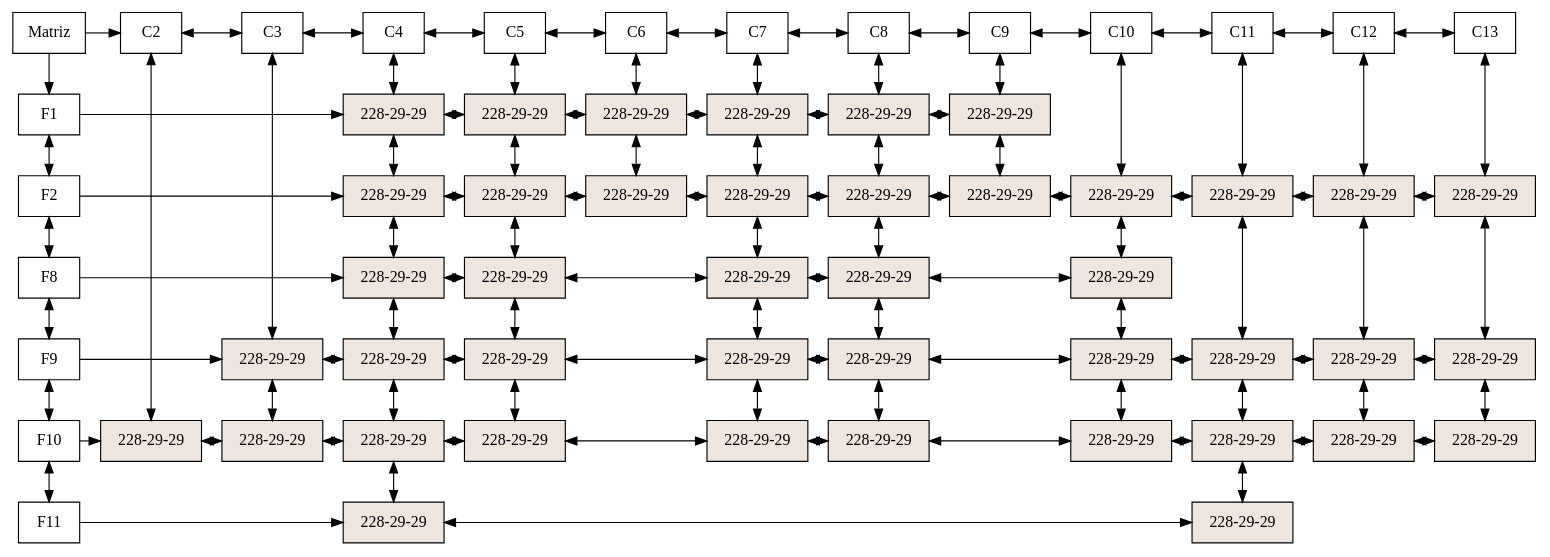
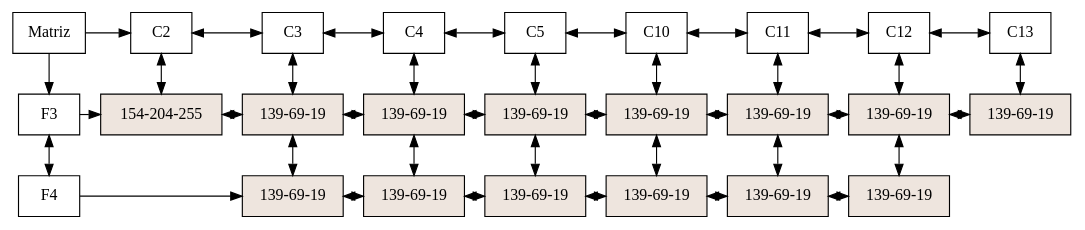
One commit to Eduardo01004/EDD_2S2019_PY1_201612124 changed the diagram in Proyecto1/Matriz.dot. Above: the diagram before and after it, drawn with Graphviz. The commit also changed 70 other files, not shown here.

```diff
--- a/Proyecto1/Matriz.dot
+++ b/Proyecto1/Matriz.dot
@@ -1,173 +1,69 @@
 digraph G{
 node [shape = box] 
 raiz[label="Matriz"  group=1];
-14463944 [label="F1" group = 1]; 
-14463912 [label="F2" group = 1]; 
-14464264 [label="F8" group = 1]; 
-14473480 [label="F9" group = 1]; 
-14473384 [label="F10" group = 1]; 
-14473032 [label="F11" group = 1]; 
-14463944->14463912[dir=both];
-14463912->14464264[dir=both];
-14464264->14473480[dir=both];
-14473480->14473384[dir=both];
-14473384->14473032[dir=both];
-14473000 [label="C2" group = 4]; 
-14473576 [label="C3" group = 5]; 
-14464424 [label="C4" group = 6]; 
-14464680 [label="C5" group = 7]; 
-14463848 [label="C6" group = 8]; 
-14463880 [label="C7" group = 9]; 
-14464040 [label="C8" group = 10]; 
-14464520 [label="C9" group = 11]; 
-14464136 [label="C10" group = 12]; 
-14464552 [label="C11" group = 13]; 
-14463976 [label="C12" group = 14]; 
-14464456 [label="C13" group = 15]; 
-14473000->14473576[dir=both];
-14473576->14464424[dir=both];
-14464424->14464680[dir=both];
-14464680->14463848[dir=both];
-14463848->14463880[dir=both];
-14463880->14464040[dir=both];
-14464040->14464520[dir=both];
-14464520->14464136[dir=both];
-14464136->14464552[dir=both];
-14464552->14463976[dir=both];
-14463976->14464456[dir=both];
-raiz -> 14463944;
-raiz -> 14473000;
-{ rank  = same; raiz 14473000; 14473576; 14464424; 14464680; 14463848; 14463880; 14464040; 14464520; 14464136; 14464552; 14463976; 14464456; }
-14470688 [style=filled,fillcolor=seashell2,label= "228-29-29" group = 4 ]; 
-14470296 [style=filled,fillcolor=seashell2,label= "228-29-29" group = 5 ]; 
-14470800 [style=filled,fillcolor=seashell2,label= "228-29-29" group = 5 ]; 
-14466240 [style=filled,fillcolor=seashell2,label= "228-29-29" group = 6 ]; 
-14469736 [style=filled,fillcolor=seashell2,label= "228-29-29" group = 6 ]; 
-14470072 [style=filled,fillcolor=seashell2,label= "228-29-29" group = 6 ]; 
-14469792 [style=filled,fillcolor=seashell2,label= "228-29-29" group = 6 ]; 
-14470744 [style=filled,fillcolor=seashell2,label= "228-29-29" group = 6 ]; 
-14474408 [style=filled,fillcolor=seashell2,label= "228-29-29" group = 6 ]; 
-14466576 [style=filled,fillcolor=seashell2,label= "228-29-29" group = 7 ]; 
-14471192 [style=filled,fillcolor=seashell2,label= "228-29-29" group = 7 ]; 
-14471248 [style=filled,fillcolor=seashell2,label= "228-29-29" group = 7 ]; 
-14470240 [style=filled,fillcolor=seashell2,label= "228-29-29" group = 7 ]; 
-14470856 [style=filled,fillcolor=seashell2,label= "228-29-29" group = 7 ]; 
-14466632 [style=filled,fillcolor=seashell2,label= "228-29-29" group = 8 ]; 
-14469568 [style=filled,fillcolor=seashell2,label= "228-29-29" group = 8 ]; 
-14467080 [style=filled,fillcolor=seashell2,label= "228-29-29" group = 9 ]; 
-14469680 [style=filled,fillcolor=seashell2,label= "228-29-29" group = 9 ]; 
-14469904 [style=filled,fillcolor=seashell2,label= "228-29-29" group = 9 ]; 
-14469960 [style=filled,fillcolor=seashell2,label= "228-29-29" group = 9 ]; 
-14470968 [style=filled,fillcolor=seashell2,label= "228-29-29" group = 9 ]; 
-14467192 [style=filled,fillcolor=seashell2,label= "228-29-29" group = 10 ]; 
-14470184 [style=filled,fillcolor=seashell2,label= "228-29-29" group = 10 ]; 
-14470352 [style=filled,fillcolor=seashell2,label= "228-29-29" group = 10 ]; 
-14470408 [style=filled,fillcolor=seashell2,label= "228-29-29" group = 10 ]; 
-14470912 [style=filled,fillcolor=seashell2,label= "228-29-29" group = 10 ]; 
-14471136 [style=filled,fillcolor=seashell2,label= "228-29-29" group = 11 ]; 
-14469624 [style=filled,fillcolor=seashell2,label= "228-29-29" group = 11 ]; 
-14471080 [style=filled,fillcolor=seashell2,label= "228-29-29" group = 12 ]; 
-14471304 [style=filled,fillcolor=seashell2,label= "228-29-29" group = 12 ]; 
-14470016 [style=filled,fillcolor=seashell2,label= "228-29-29" group = 12 ]; 
-14471024 [style=filled,fillcolor=seashell2,label= "228-29-29" group = 12 ]; 
-14470632 [style=filled,fillcolor=seashell2,label= "228-29-29" group = 13 ]; 
-14470464 [style=filled,fillcolor=seashell2,label= "228-29-29" group = 13 ]; 
-14471360 [style=filled,fillcolor=seashell2,label= "228-29-29" group = 13 ]; 
-14474072 [style=filled,fillcolor=seashell2,label= "228-29-29" group = 13 ]; 
-14469848 [style=filled,fillcolor=seashell2,label= "228-29-29" group = 14 ]; 
-14470520 [style=filled,fillcolor=seashell2,label= "228-29-29" group = 14 ]; 
-14471416 [style=filled,fillcolor=seashell2,label= "228-29-29" group = 14 ]; 
-14470128 [style=filled,fillcolor=seashell2,label= "228-29-29" group = 15 ]; 
-14470576 [style=filled,fillcolor=seashell2,label= "228-29-29" group = 15 ]; 
-14471472 [style=filled,fillcolor=seashell2,label= "228-29-29" group = 15 ]; 
-14463944->14466240;
-14466240->14466576[dir=both];
-14466576->14466632[dir=both];
-14466632->14467080[dir=both];
-14467080->14467192[dir=both];
-14467192->14471136[dir=both];
-{ rank = same; 14463944; 14466240; 14466576; 14466632; 14467080; 14467192; 14471136; }
-14463912->14469736;
-14469736->14471192[dir=both];
-14471192->14469568[dir=both];
-14469568->14469680[dir=both];
-14469680->14470184[dir=both];
-14470184->14469624[dir=both];
-14469624->14471080[dir=both];
-14471080->14470632[dir=both];
-14470632->14469848[dir=both];
-14469848->14470128[dir=both];
-{ rank = same; 14463912; 14469736; 14471192; 14469568; 14469680; 14470184; 14469624; 14471080; 14470632; 14469848; 14470128; }
-14464264->14470072;
-14470072->14471248[dir=both];
-14471248->14469904[dir=both];
-14469904->14470352[dir=both];
-14470352->14471304[dir=both];
-{ rank = same; 14464264; 14470072; 14471248; 14469904; 14470352; 14471304; }
-14473480->14470296;
-14470296->14469792[dir=both];
-14469792->14470240[dir=both];
-14470240->14469960[dir=both];
-14469960->14470408[dir=both];
-14470408->14470016[dir=both];
-14470016->14470464[dir=both];
-14470464->14470520[dir=both];
-14470520->14470576[dir=both];
-{ rank = same; 14473480; 14470296; 14469792; 14470240; 14469960; 14470408; 14470016; 14470464; 14470520; 14470576; }
-14473384->14470688;
-14470688->14470800[dir=both];
-14470800->14470744[dir=both];
-14470744->14470856[dir=both];
-14470856->14470968[dir=both];
-14470968->14470912[dir=both];
-14470912->14471024[dir=both];
-14471024->14471360[dir=both];
-14471360->14471416[dir=both];
-14471416->14471472[dir=both];
-{ rank = same; 14473384; 14470688; 14470800; 14470744; 14470856; 14470968; 14470912; 14471024; 14471360; 14471416; 14471472; }
-14473032->14474408;
-14474408->14474072[dir=both];
-{ rank = same; 14473032; 14474408; 14474072; }
-14473000->14470688[dir=both];
-14473576->14470296[dir=both];
-14470296->14470800[dir=both];
-14464424->14466240[dir=both];
-14466240->14469736[dir=both];
-14469736->14470072[dir=both];
-14470072->14469792[dir=both];
-14469792->14470744[dir=both];
-14470744->14474408[dir=both];
-14464680->14466576[dir=both];
-14466576->14471192[dir=both];
-14471192->14471248[dir=both];
-14471248->14470240[dir=both];
-14470240->14470856[dir=both];
-14463848->14466632[dir=both];
-14466632->14469568[dir=both];
-14463880->14467080[dir=both];
-14467080->14469680[dir=both];
-14469680->14469904[dir=both];
-14469904->14469960[dir=both];
-14469960->14470968[dir=both];
-14464040->14467192[dir=both];
-14467192->14470184[dir=both];
-14470184->14470352[dir=both];
-14470352->14470408[dir=both];
-14470408->14470912[dir=both];
-14464520->14471136[dir=both];
-14471136->14469624[dir=both];
-14464136->14471080[dir=both];
-14471080->14471304[dir=both];
-14471304->14470016[dir=both];
-14470016->14471024[dir=both];
-14464552->14470632[dir=both];
-14470632->14470464[dir=both];
-14470464->14471360[dir=both];
-14471360->14474072[dir=both];
-14463976->14469848[dir=both];
-14469848->14470520[dir=both];
-14470520->14471416[dir=both];
-14464456->14470128[dir=both];
-14470128->14470576[dir=both];
-14470576->14471472[dir=both];
+9841784 [label="F3" group = 1]; 
+9841848 [label="F4" group = 1]; 
+9841784->9841848[dir=both];
+9845128 [label="C2" group = 4]; 
+9845064 [label="C3" group = 5]; 
+9845352 [label="C4" group = 6]; 
+9845192 [label="C5" group = 7]; 
+9845608 [label="C10" group = 12]; 
+9841880 [label="C11" group = 13]; 
+9841816 [label="C12" group = 14]; 
+9841752 [label="C13" group = 15]; 
+9845128->9845064[dir=both];
+9845064->9845352[dir=both];
+9845352->9845192[dir=both];
+9845192->9845608[dir=both];
+9845608->9841880[dir=both];
+9841880->9841816[dir=both];
+9841816->9841752[dir=both];
+raiz -> 9841784;
+raiz -> 9845128;
+{ rank  = same; raiz 9845128; 9845064; 9845352; 9845192; 9845608; 9841880; 9841816; 9841752; }
+9826568 [style=filled,fillcolor=seashell2,label= "154-204-255" group = 4 ]; 
+9825952 [style=filled,fillcolor=seashell2,label= "139-69-19" group = 5 ]; 
+9827184 [style=filled,fillcolor=seashell2,label= "139-69-19" group = 5 ]; 
+9826848 [style=filled,fillcolor=seashell2,label= "139-69-19" group = 6 ]; 
+9826456 [style=filled,fillcolor=seashell2,label= "139-69-19" group = 6 ]; 
+9825672 [style=filled,fillcolor=seashell2,label= "139-69-19" group = 7 ]; 
+9825616 [style=filled,fillcolor=seashell2,label= "139-69-19" group = 7 ]; 
+9825560 [style=filled,fillcolor=seashell2,label= "139-69-19" group = 12 ]; 
+9825504 [style=filled,fillcolor=seashell2,label= "139-69-19" group = 12 ]; 
+9825336 [style=filled,fillcolor=seashell2,label= "139-69-19" group = 13 ]; 
+9825280 [style=filled,fillcolor=seashell2,label= "139-69-19" group = 13 ]; 
+9824832 [style=filled,fillcolor=seashell2,label= "139-69-19" group = 14 ]; 
+9824776 [style=filled,fillcolor=seashell2,label= "139-69-19" group = 14 ]; 
+9825168 [style=filled,fillcolor=seashell2,label= "139-69-19" group = 15 ]; 
+9841784->9826568;
+9826568->9825952[dir=both];
+9825952->9826848[dir=both];
+9826848->9825672[dir=both];
+9825672->9825560[dir=both];
+9825560->9825336[dir=both];
+9825336->9824832[dir=both];
+9824832->9825168[dir=both];
+{ rank = same; 9841784; 9826568; 9825952; 9826848; 9825672; 9825560; 9825336; 9824832; 9825168; }
+9841848->9827184;
+9827184->9826456[dir=both];
+9826456->9825616[dir=both];
+9825616->9825504[dir=both];
+9825504->9825280[dir=both];
+9825280->9824776[dir=both];
+{ rank = same; 9841848; 9827184; 9826456; 9825616; 9825504; 9825280; 9824776; }
+9845128->9826568[dir=both];
+9845064->9825952[dir=both];
+9825952->9827184[dir=both];
+9845352->9826848[dir=both];
+9826848->9826456[dir=both];
+9845192->9825672[dir=both];
+9825672->9825616[dir=both];
+9845608->9825560[dir=both];
+9825560->9825504[dir=both];
+9841880->9825336[dir=both];
+9825336->9825280[dir=both];
+9841816->9824832[dir=both];
+9824832->9824776[dir=both];
+9841752->9825168[dir=both];
 }
```
